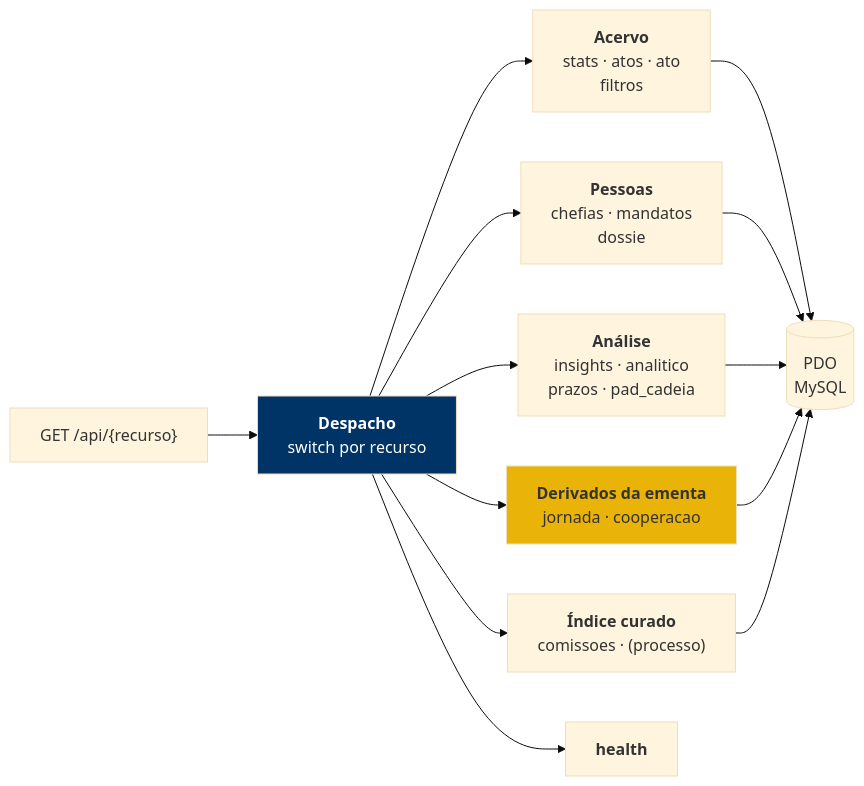
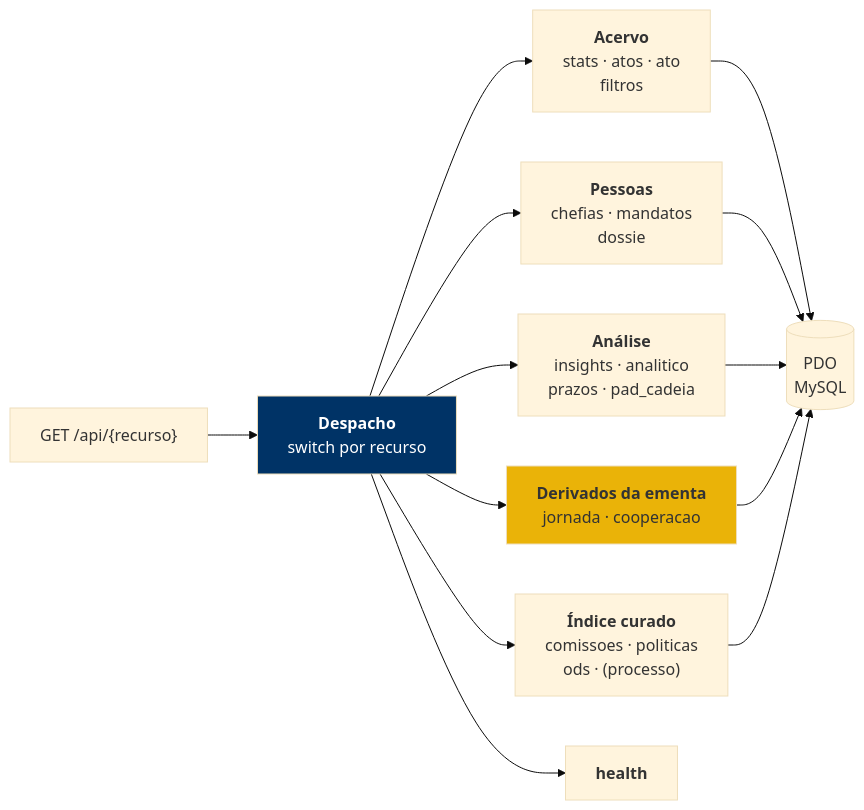
Before and after one commit to estudio-max/Portal-de-Normas-e-atos-da-UFF: the third of 5 diagrams in docs/ARQUITETURA-C4.md, drawn with Mermaid (base theme). The commit also changed other lines of this file and 8 other files, not shown here.

````diff
--- a/docs/ARQUITETURA-C4.md
+++ b/docs/ARQUITETURA-C4.md
@@ -116,20 +116,20 @@
 ```mermaid
 flowchart LR
     req["GET /api/{recurso}"] --> disp["<b>Despacho</b><br/>switch por recurso"]
 
     disp --> acervo["<b>Acervo</b><br/>stats · atos · ato<br/>filtros"]
     disp --> pessoas["<b>Pessoas</b><br/>chefias · mandatos<br/>dossie"]
     disp --> analise["<b>Análise</b><br/>insights · analitico<br/>prazos · pad_cadeia"]
     disp --> ementa["<b>Derivados da ementa</b><br/>jornada · cooperacao"]
-    disp --> curado["<b>Índice curado</b><br/>comissoes · (processo)"]
+    disp --> curado["<b>Índice curado</b><br/>comissoes · politicas<br/>ods · (processo)"]
     disp --> saude["<b>health</b>"]
 
     acervo --> pdo[("PDO<br/>MySQL")]
     pessoas --> pdo
     analise --> pdo
     ementa --> pdo
     curado --> pdo
 
     style disp fill:#003366,color:#fff
     style ementa fill:#EAB308
 ```
````
